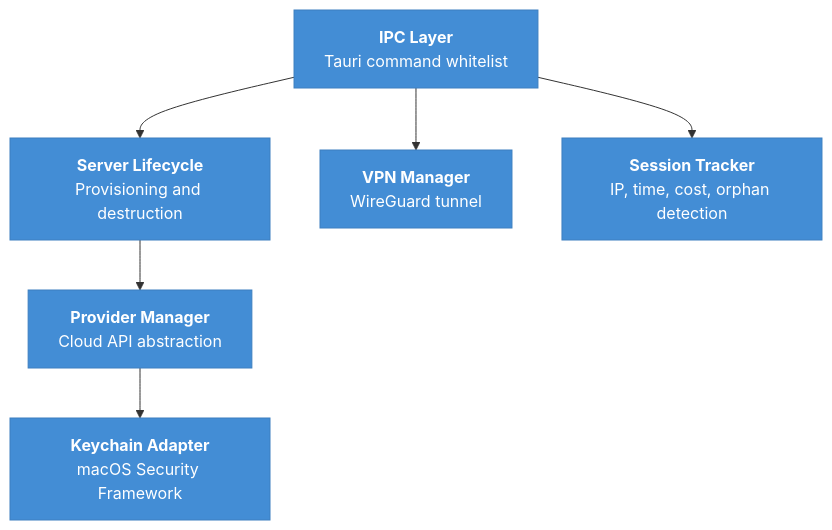
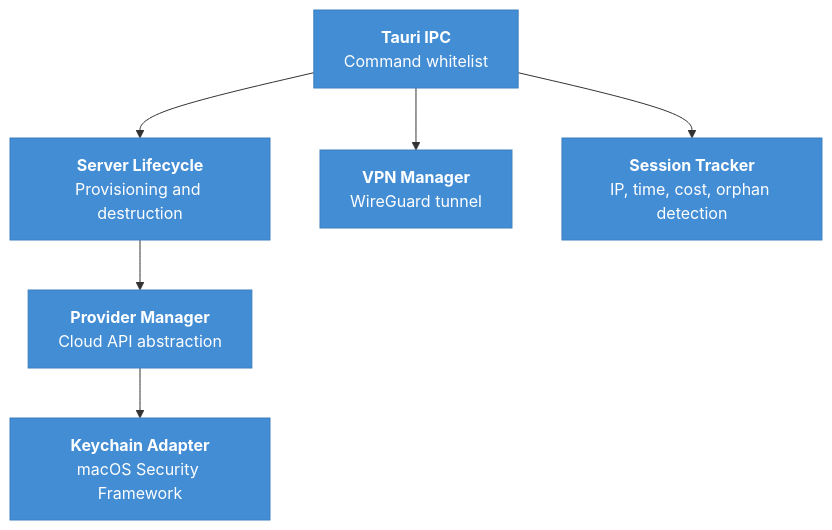
The second of 2 diagrams in docs/architecture/containers.md (saemanas/oh-my-vpn), drawn with Mermaid before and after one commit. The commit also changed other lines of this file and 8 other files, not shown here.

First line of the commit message:
docs(adr): resolve OQ-4/5/6, fix cross-references, add missing diagrams

````diff
--- a/docs/architecture/containers.md
+++ b/docs/architecture/containers.md
@@ -61,18 +61,18 @@
 ```mermaid
 flowchart TD
-    ipc["<b>IPC Layer</b><br/>Tauri command whitelist"]
+    ipc["<b>Tauri IPC</b><br/>Command whitelist"]
     providerManager["<b>Provider Manager</b><br/>Cloud API abstraction"]
     serverLifecycle["<b>Server Lifecycle</b><br/>Provisioning and destruction"]
     vpnManager["<b>VPN Manager</b><br/>WireGuard tunnel"]
     sessionTracker["<b>Session Tracker</b><br/>IP, time, cost, orphan detection"]
     keychainAdapter["<b>Keychain Adapter</b><br/>macOS Security Framework"]
 
     ipc --> serverLifecycle
     ipc --> vpnManager
     ipc --> sessionTracker
     serverLifecycle --> providerManager
     providerManager --> keychainAdapter
 
     classDef module fill:#438dd5,stroke:#3c7fc0,color:#fff
     class ipc,providerManager,serverLifecycle,vpnManager,sessionTracker,keychainAdapter module
 ```
````
